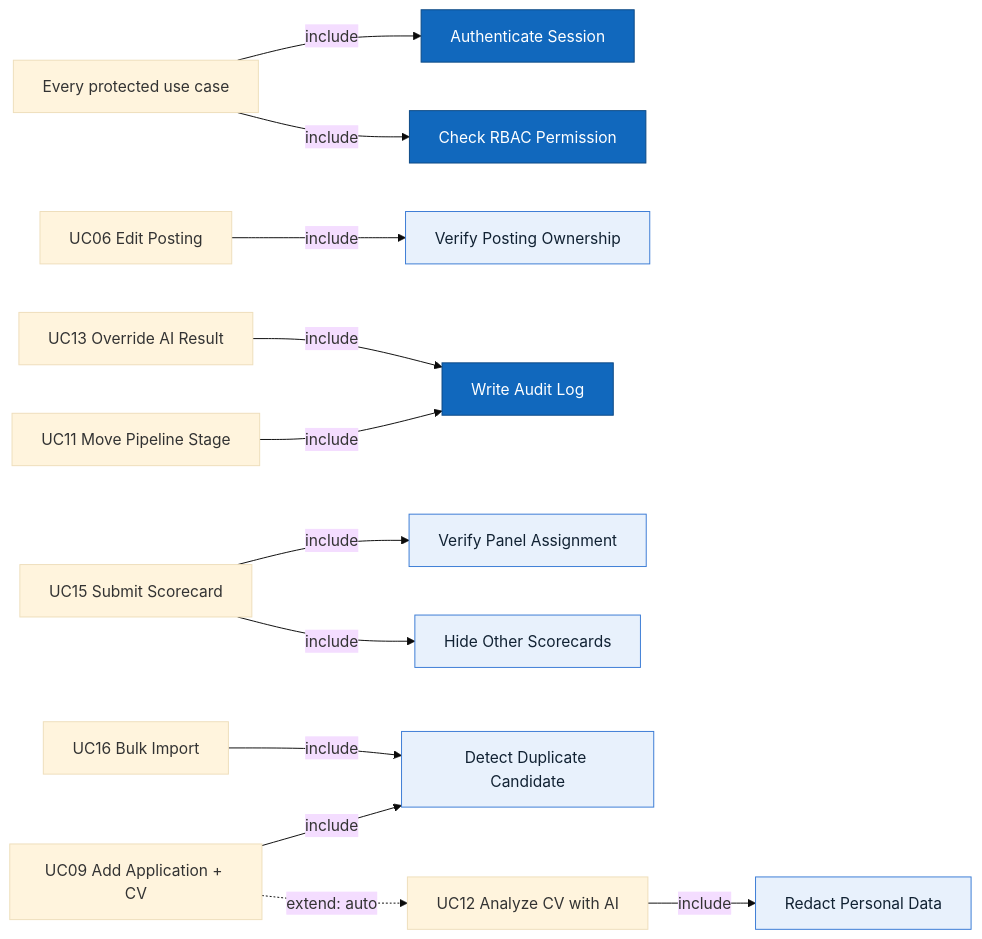
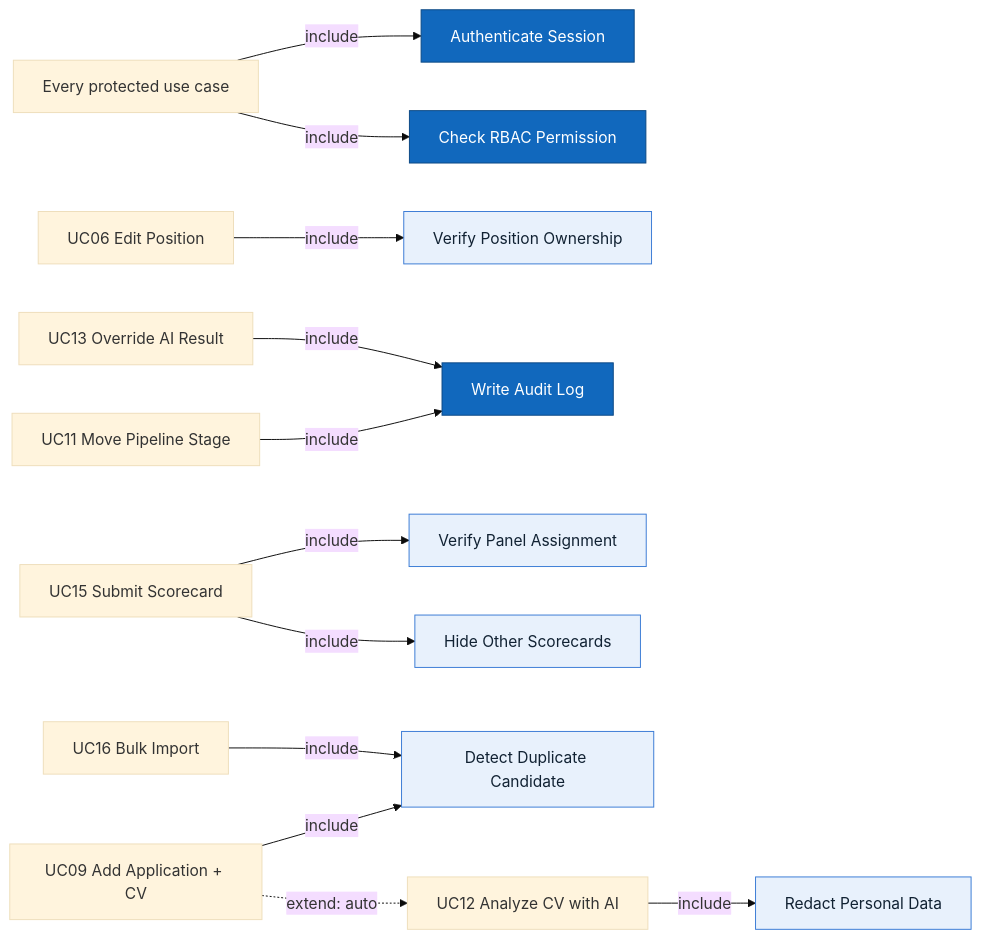
One commit to duongk18FPTU/recruitment-ats changed the second of 2 diagrams in docs/02-use-cases.md. Above: the diagram before and after it, drawn with Mermaid (base theme). The commit also changed other lines of this file and 19 other files, not shown here.

````diff
--- a/docs/02-use-cases.md
+++ b/docs/02-use-cases.md
@@ -154,25 +154,25 @@
 ```mermaid
 flowchart LR
     auth["Authenticate Session"]:::shared
     authorize["Check RBAC Permission"]:::shared
     assign["Verify Panel Assignment"]:::rule
-    owner["Verify Posting Ownership"]:::rule
+    owner["Verify Position Ownership"]:::rule
     audit["Write Audit Log"]:::shared
     dup["Detect Duplicate Candidate"]:::rule
     redact["Redact Personal Data"]:::rule
     blind["Hide Other Scorecards"]:::rule
 
-    uc06["UC06 Edit Posting"] -->|include| owner
+    uc06["UC06 Edit Position"] -->|include| owner
     uc09["UC09 Add Application + CV"] -->|include| dup
     uc09 -.->|extend: auto| uc12["UC12 Analyze CV with AI"]
     uc16["UC16 Bulk Import"] -->|include| dup
     uc12 -->|include| redact
     uc13["UC13 Override AI Result"] -->|include| audit
     uc11["UC11 Move Pipeline Stage"] -->|include| audit
     uc15["UC15 Submit Scorecard"] -->|include| assign
     uc15 -->|include| blind
     every["Every protected use case"] -->|include| auth & authorize
 
     classDef shared fill:#1168bd,color:#fff,stroke:#0b4884
     classDef rule fill:#e8f1fc,color:#123,stroke:#3a7bd5
 ```
````
